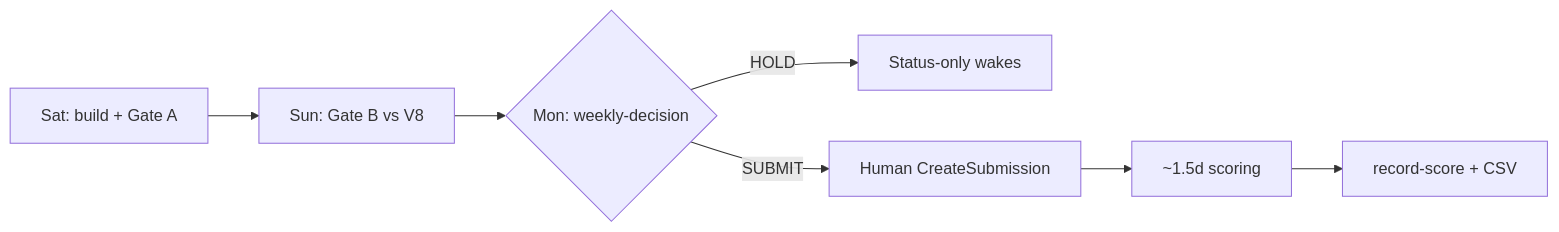
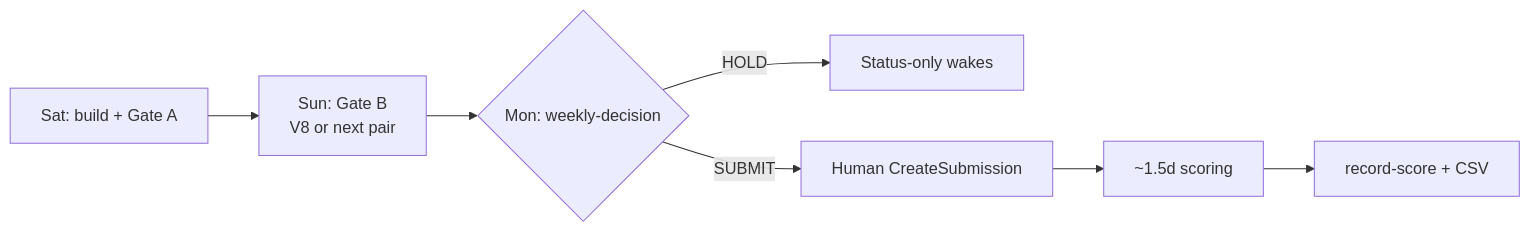
One commit to khaosans/noisegate-gemma4-factory changed the third of 7 diagrams in docs/wiki/Architecture.md. Above: the diagram before and after it, drawn with Mermaid. The commit also changed other lines of this file and 2 other files, not shown here.

````diff
--- a/docs/wiki/Architecture.md
+++ b/docs/wiki/Architecture.md
@@ -64,9 +66,9 @@
 ```mermaid
 flowchart LR
-  Sat[Sat: build + Gate A] --> Sun[Sun: Gate B vs V8]
+  Sat[Sat: build + Gate A] --> Sun[Sun: Gate B<br/>V8 or next pair]
   Sun --> Mon{Mon: weekly-decision}
   Mon -->|HOLD| Ops[Status-only wakes]
   Mon -->|SUBMIT| Hitl[Human CreateSubmission]
   Hitl --> Wait[~1.5d scoring]
   Wait --> Rec[record-score + CSV]
 ```
````
